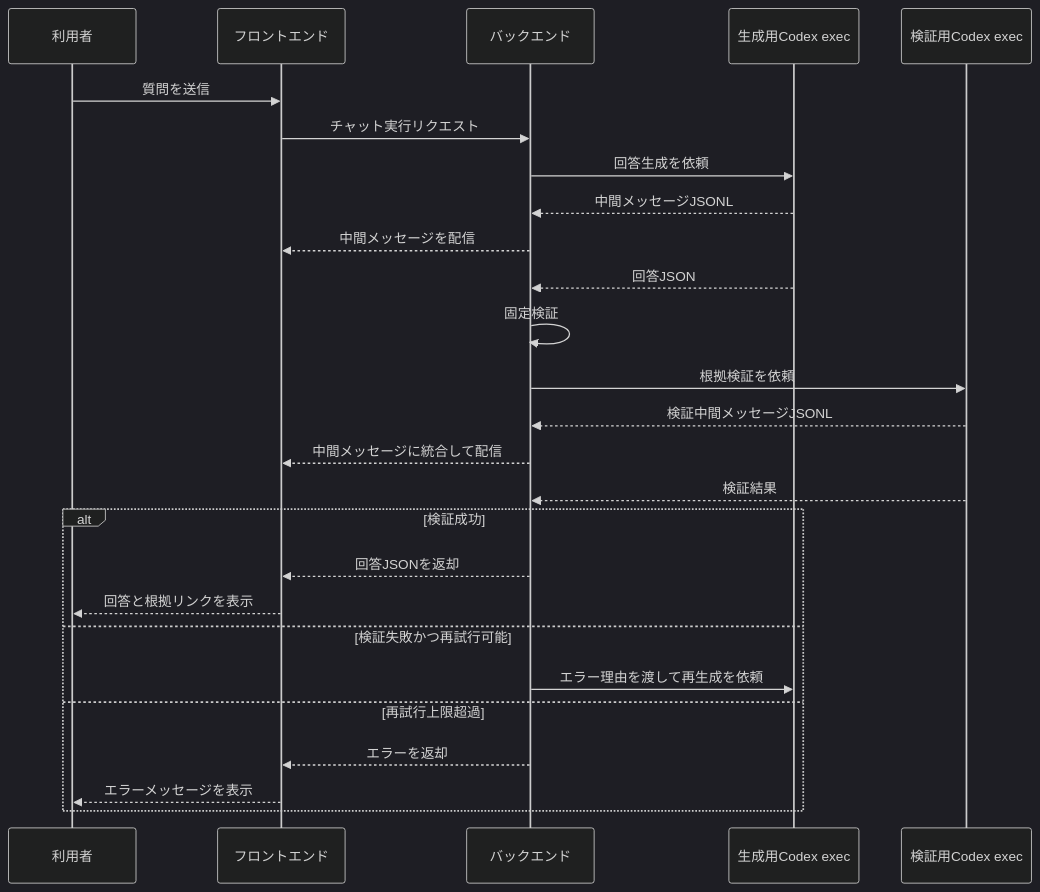
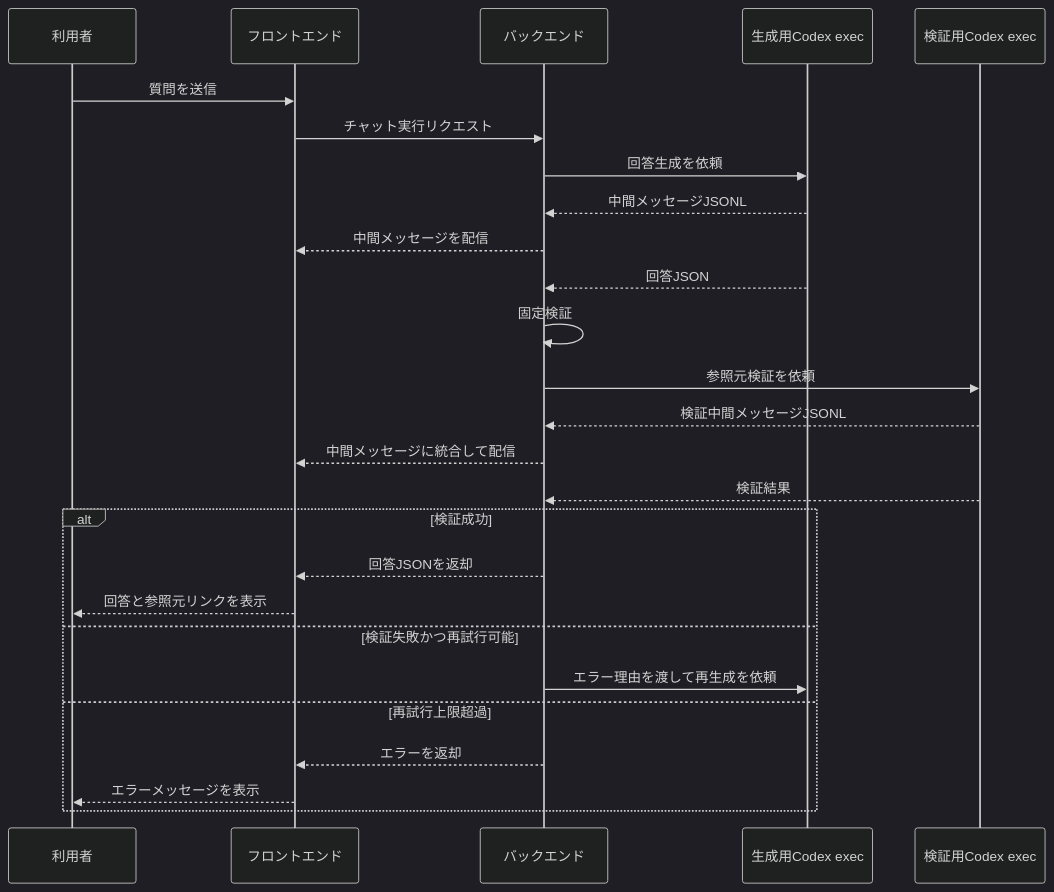
The third of 3 diagrams in docs/01_要件定義/MVP要件定義.md (mincsys/D-Concierge), drawn with Mermaid (dark theme) before and after one commit. The commit also changed other lines of this file and 5 other files, not shown here.

````diff
--- a/docs/01_要件定義/MVP要件定義.md
+++ b/docs/01_要件定義/MVP要件定義.md
@@ -494,29 +494,29 @@
 ```mermaid
 sequenceDiagram
   participant U as 利用者
   participant F as フロントエンド
   participant B as バックエンド
   participant G as 生成用Codex exec
   participant V as 検証用Codex exec
 
   U->>F: 質問を送信
   F->>B: チャット実行リクエスト
   B->>G: 回答生成を依頼
   G-->>B: 中間メッセージJSONL
   B-->>F: 中間メッセージを配信
   G-->>B: 回答JSON
   B->>B: 固定検証
-  B->>V: 根拠検証を依頼
+  B->>V: 参照元検証を依頼
   V-->>B: 検証中間メッセージJSONL
   B-->>F: 中間メッセージに統合して配信
   V-->>B: 検証結果
   alt 検証成功
     B-->>F: 回答JSONを返却
-    F-->>U: 回答と根拠リンクを表示
+    F-->>U: 回答と参照元リンクを表示
   else 検証失敗かつ再試行可能
     B->>G: エラー理由を渡して再生成を依頼
   else 再試行上限超過
     B-->>F: エラーを返却
     F-->>U: エラーメッセージを表示
   end
 ```
````
